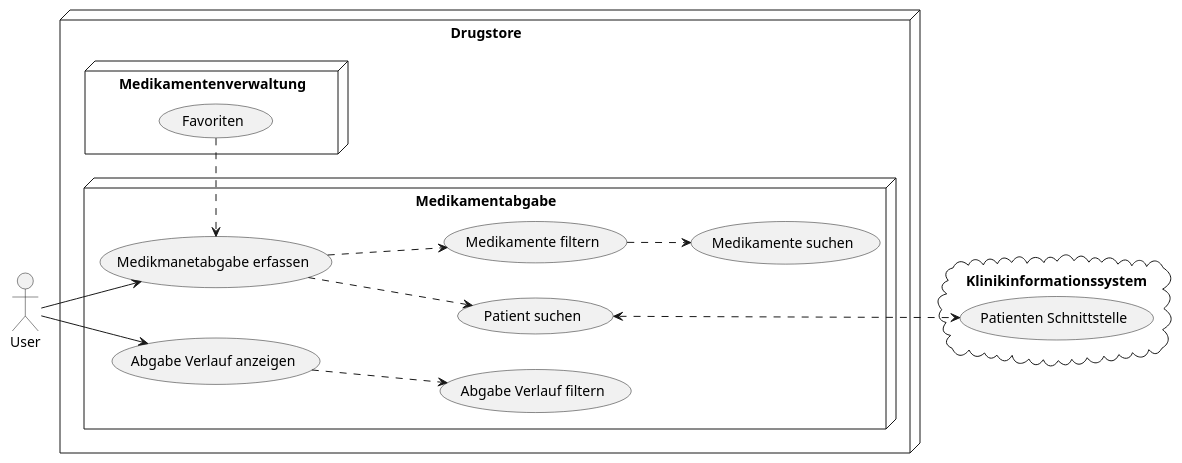
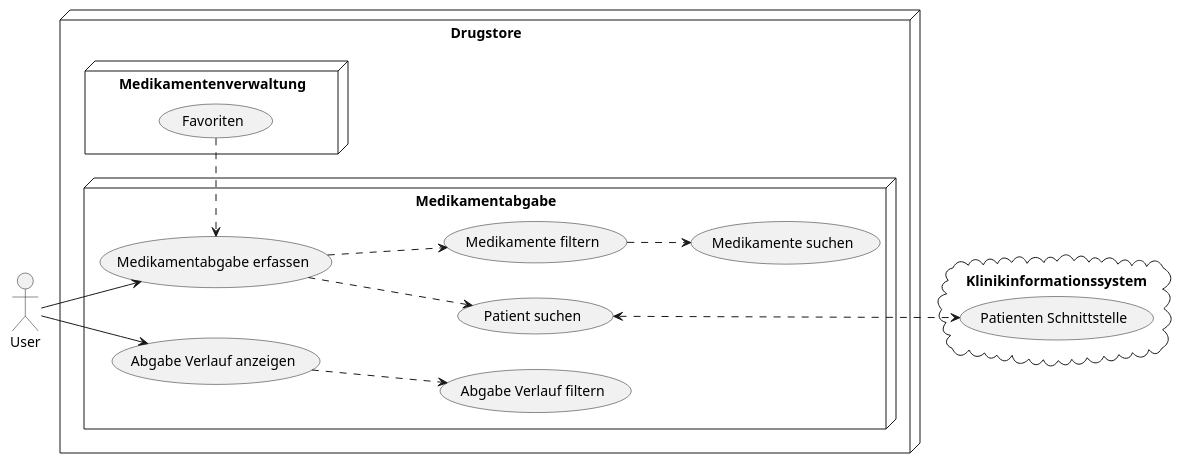
The diagram in docs/use-cases/30_drug-dispensation.puml (lucahost/drugstore), drawn with PlantUML before and after one commit. The commit also changed 1 other file, not shown here.

```diff
--- a/docs/use-cases/30_drug-dispensation.puml
+++ b/docs/use-cases/30_drug-dispensation.puml
@@ -1,35 +1,35 @@
 @startuml usecase-overview
 left to right direction
 node Drugstore {
 
     node Medikamentenverwaltung {
         usecase "Favoriten" as UC24
     }
 
     node Medikamentabgabe {
-        usecase "Medikmanetabgabe erfassen" as UC31
+        usecase "Medikamentabgabe erfassen" as UC31
         usecase "Medikamente filtern" as UC32
         usecase "Medikamente suchen" as UC33
         usecase "Patient suchen" as UC34
         usecase "Abgabe Verlauf anzeigen" as UC35
         usecase "Abgabe Verlauf filtern" as UC36
     }
 }
 cloud "Klinikinformationssystem" {
     usecase "Patienten Schnittstelle" as PatientInterface
 }
 
 :User: --> UC31
 :User: --> UC35
 
 UC24 .> UC31
 
 UC31 ..> UC32
 UC32 ..> UC33
 UC31 ..> UC34
 UC35 ..> UC36
 
 
 UC34 <...> PatientInterface
 
 @enduml
```
